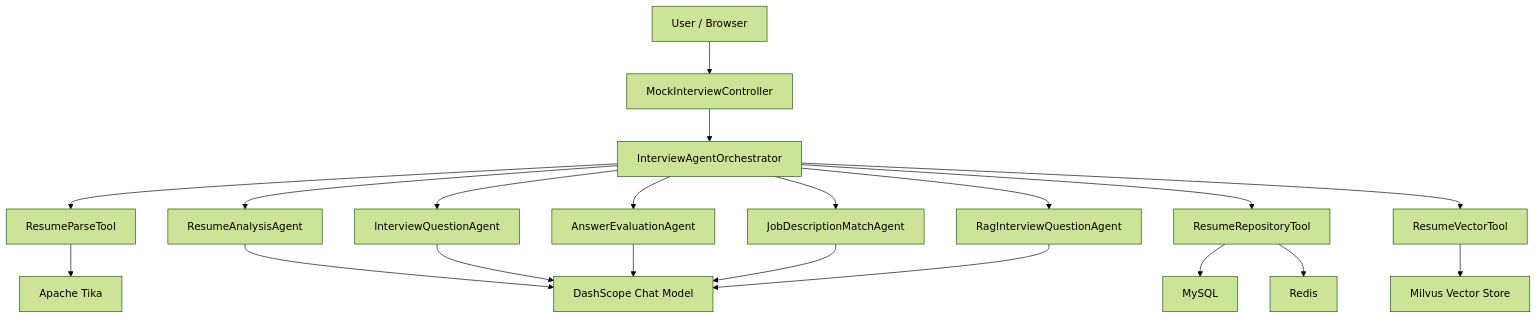
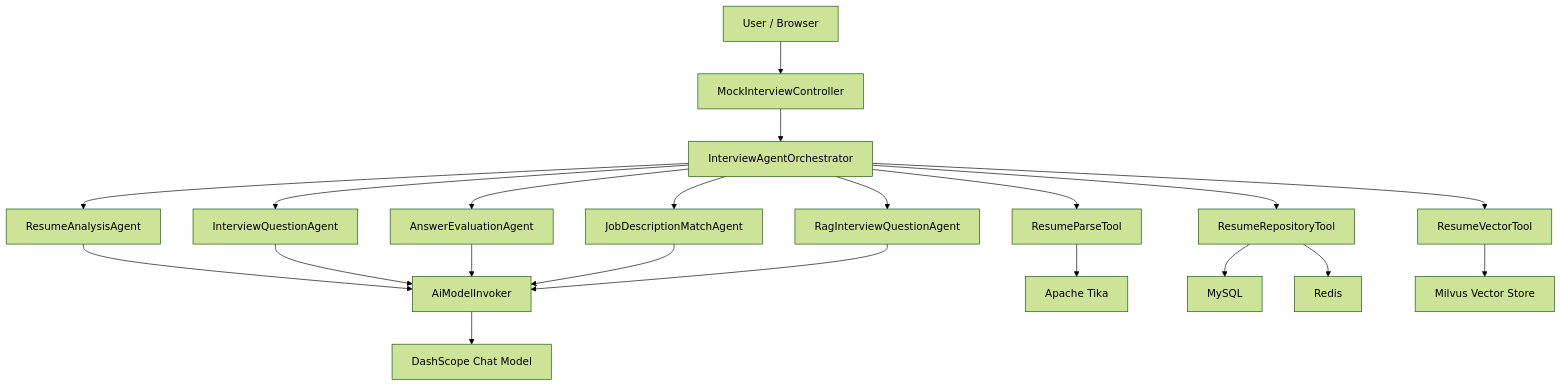
One commit to xiekunhuang2020/ai-interview-agent changed the diagram in docs/architecture.md. Above: the diagram before and after it, drawn with Mermaid (forest theme). The commit also changed other lines of this file and 16 other files, not shown here.

````diff
--- a/docs/architecture.md
+++ b/docs/architecture.md
@@ -9,25 +9,26 @@
 ```mermaid
 flowchart TD
     U["User / Browser"] --> C["MockInterviewController"]
     C --> O["InterviewAgentOrchestrator"]
 
     O --> T1["ResumeParseTool"]
     O --> A1["ResumeAnalysisAgent"]
     O --> T2["ResumeRepositoryTool"]
     O --> T3["ResumeVectorTool"]
     O --> A2["InterviewQuestionAgent"]
     O --> A3["AnswerEvaluationAgent"]
     O --> A4["JobDescriptionMatchAgent"]
     O --> A5["RagInterviewQuestionAgent"]
 
-    A1 --> LLM["DashScope Chat Model"]
-    A2 --> LLM
-    A3 --> LLM
-    A4 --> LLM
-    A5 --> LLM
+    A1 --> INV["AiModelInvoker"]
+    A2 --> INV
+    A3 --> INV
+    A4 --> INV
+    A5 --> INV
+    INV --> LLM["DashScope Chat Model"]
 
     T1 --> Tika["Apache Tika"]
     T2 --> MySQL["MySQL"]
     T2 --> Redis["Redis"]
     T3 --> Milvus["Milvus Vector Store"]
 ```
````
